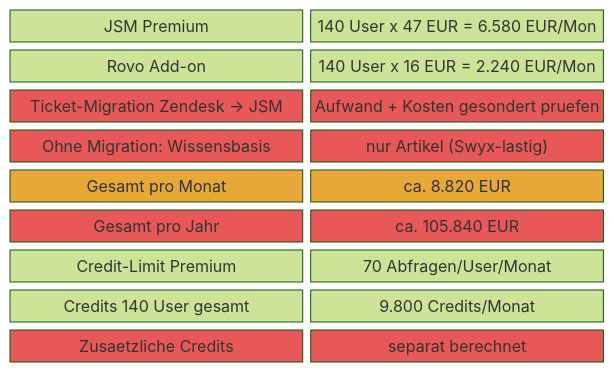
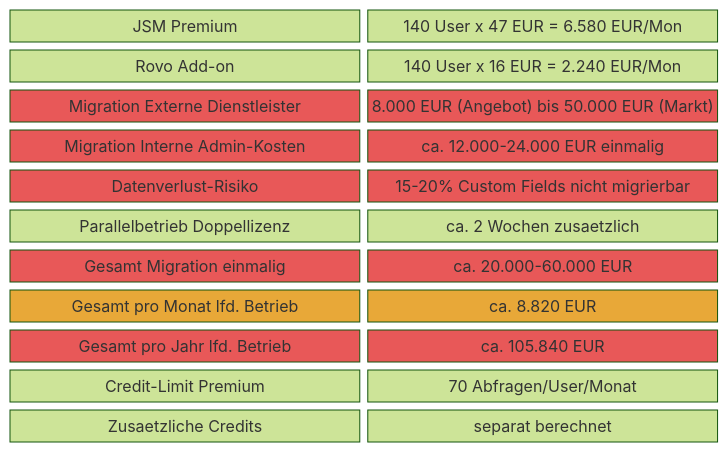
Diagram 14 of 16 in readme.md (tekknix/zendesk-ai), drawn with Mermaid (forest theme) before and after one commit. The commit also changed other lines of this file, not shown here.

````diff
--- a/readme.md
+++ b/readme.md
@@ -444,24 +448,28 @@
 ```mermaid
 block-beta
     columns 2
     A["JSM Premium"]:1 B["140 User x 47 EUR = 6.580 EUR/Mon"]:1
     C["Rovo Add-on"]:1 D["140 User x 16 EUR = 2.240 EUR/Mon"]:1
-    E["Ticket-Migration Zendesk -> JSM"]:1 F["Aufwand + Kosten gesondert pruefen"]:1
-    G["Ohne Migration: Wissensbasis"]:1 H["nur Artikel (Swyx-lastig)"]:1
-    I["Gesamt pro Monat"]:1 J["ca. 8.820 EUR"]:1
-    K["Gesamt pro Jahr"]:1 L["ca. 105.840 EUR"]:1
-    M["Credit-Limit Premium"]:1 N["70 Abfragen/User/Monat"]:1
-    O["Credits 140 User gesamt"]:1 P["9.800 Credits/Monat"]:1
-    Q["Zusaetzliche Credits"]:1 R["separat berechnet"]:1
+    E["Migration Externe Dienstleister"]:1 F["8.000 EUR (Angebot) bis 50.000 EUR (Markt)"]:1
+    G["Migration Interne Admin-Kosten"]:1 H["ca. 12.000-24.000 EUR einmalig"]:1
+    I["Datenverlust-Risiko"]:1 J["15-20% Custom Fields nicht migrierbar"]:1
+    K["Parallelbetrieb Doppellizenz"]:1 L["ca. 2 Wochen zusaetzlich"]:1
+    M["Gesamt Migration einmalig"]:1 N["ca. 20.000-60.000 EUR"]:1
+    O["Gesamt pro Monat lfd. Betrieb"]:1 P["ca. 8.820 EUR"]:1
+    Q["Gesamt pro Jahr lfd. Betrieb"]:1 R["ca. 105.840 EUR"]:1
+    S["Credit-Limit Premium"]:1 T["70 Abfragen/User/Monat"]:1
+    U["Zusaetzliche Credits"]:1 V["separat berechnet"]:1
 
-    style I fill:#E8A838,color:#333
-    style J fill:#E8A838,color:#333
-    style K fill:#E85858,color:#fff
-    style L fill:#E85858,color:#fff
+    style M fill:#E85858,color:#fff
+    style N fill:#E85858,color:#fff
+    style O fill:#E8A838,color:#333
+    style P fill:#E8A838,color:#333
+    style Q fill:#E85858,color:#fff
+    style R fill:#E85858,color:#fff
     style E fill:#E85858,color:#fff
     style F fill:#E85858,color:#fff
     style G fill:#E85858,color:#fff
     style H fill:#E85858,color:#fff
-    style Q fill:#E85858,color:#fff
-    style R fill:#E85858,color:#fff
+    style I fill:#E85858,color:#fff
+    style J fill:#E85858,color:#fff
 ```
````
